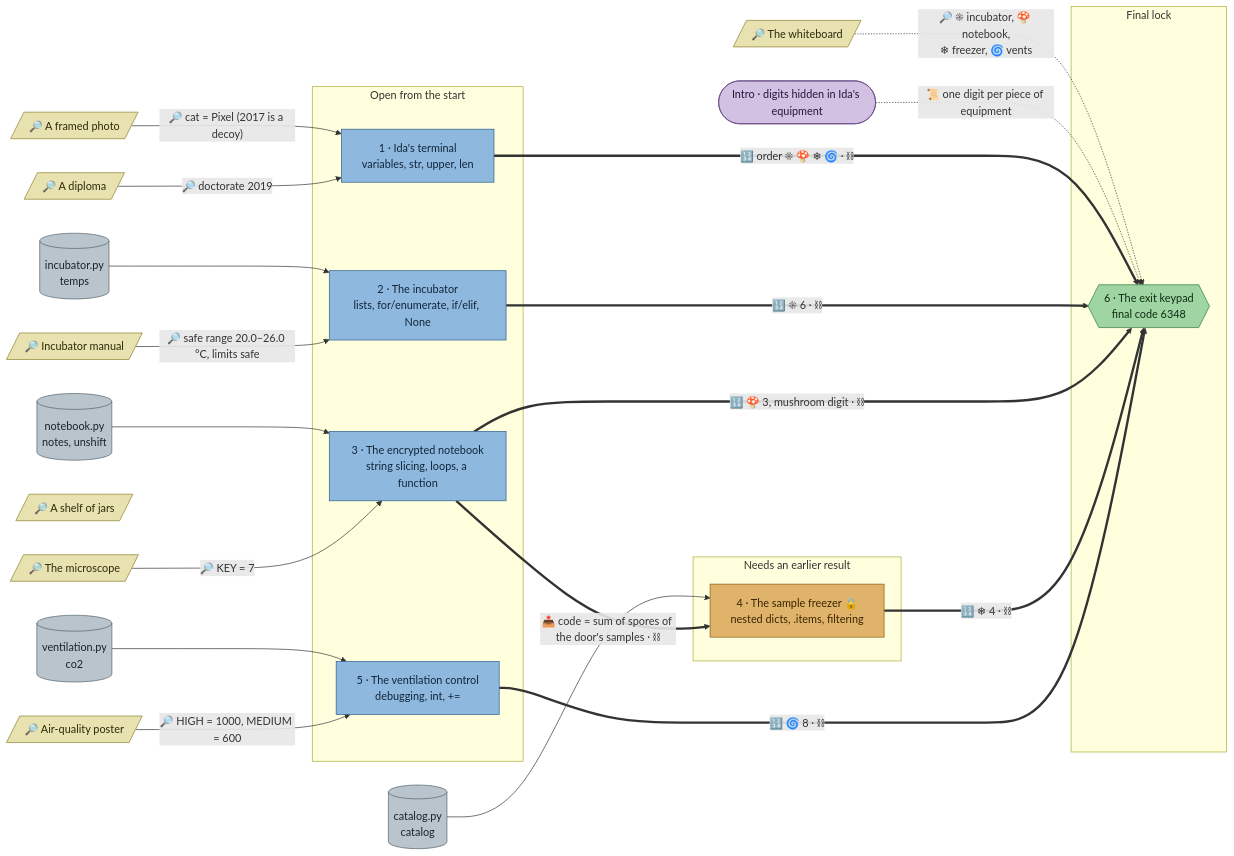
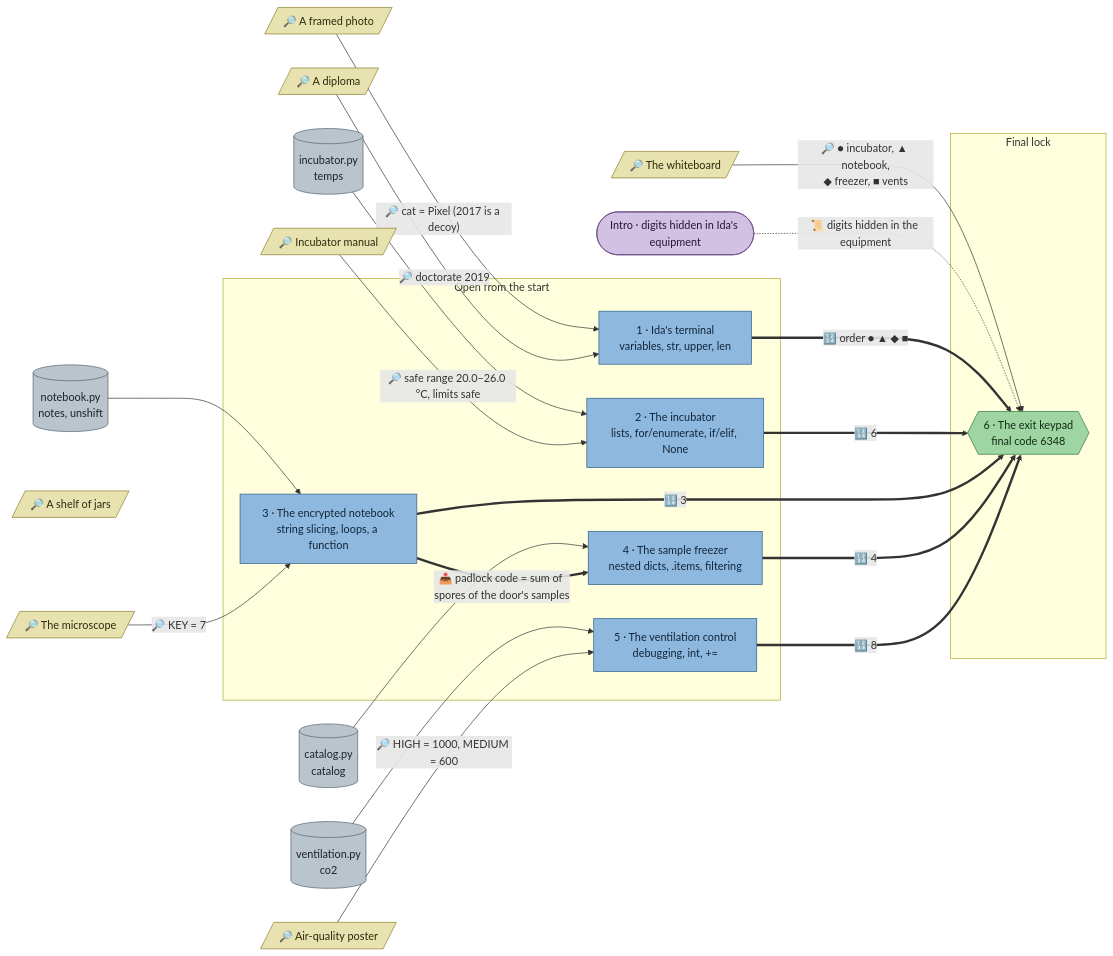
Before and after one commit to mhoffmann-wbs/DataScienceEscapeRooms: the diagram in docs/flows/python-lab.md, drawn with Mermaid. The commit also changed other lines of this file and 3 other files, not shown here.

Commit message:
Quarantine: the whiteboard is needed for the exit order; uses instead of requires

````diff
--- a/docs/flows/python-lab.md
+++ b/docs/flows/python-lab.md
@@ -5,66 +5,62 @@
 ```mermaid
 flowchart LR
   intro(["Intro · digits hidden in Ida's equipment"])
 
   photo[/"🔎 A framed photo"/]
   diploma[/"🔎 A diploma"/]
   manual[/"🔎 Incubator manual"/]
   microscope[/"🔎 The microscope"/]
   poster[/"🔎 Air-quality poster"/]
   whiteboard[/"🔎 The whiteboard"/]
   jars[/"🔎 A shelf of jars"/]
 
   d_incubator[("incubator.py<br/>temps")]
   d_notebook[("notebook.py<br/>notes, unshift")]
   d_freezer[("catalog.py<br/>catalog")]
   d_ventilation[("ventilation.py<br/>co2")]
 
   subgraph p1["Open from the start"]
     terminal["1 · Ida's terminal<br/>variables, str, upper, len"]
     incubator["2 · The incubator<br/>lists, for/enumerate, if/elif, None"]
     notebook["3 · The encrypted notebook<br/>string slicing, loops, a function"]
+    freezer["4 · The sample freezer<br/>nested dicts, .items, filtering"]
     ventilation["5 · The ventilation control<br/>debugging, int, +="]
   end
 
-  subgraph p2["Needs an earlier result"]
-    freezer["4 · The sample freezer 🔒<br/>nested dicts, .items, filtering"]
-  end
-
-  subgraph p3["Final lock"]
+  subgraph p2["Final lock"]
     exit{{"6 · The exit keypad<br/>final code 6348"}}
   end
 
   d_incubator --> incubator
   d_notebook --> notebook
   d_freezer --> freezer
   d_ventilation --> ventilation
 
   photo -->|"🔎 cat = Pixel (2017 is a decoy)"| terminal
   diploma -->|"🔎 doctorate 2019"| terminal
   manual -->|"🔎 safe range 20.0–26.0 °C, limits safe"| incubator
   microscope -->|"🔎 KEY = 7"| notebook
   poster -->|"🔎 HIGH = 1000, MEDIUM = 600"| ventilation
-  whiteboard -.->|"🔎 ☀ incubator, 🍄 notebook,<br/>❄ freezer, 🌀 vents"| exit
-  intro -.->|"📜 one digit per piece of equipment"| exit
+  whiteboard -->|"🔎 ● incubator, ▲ notebook,<br/>◆ freezer, ■ vents"| exit
+  intro -.->|"📜 digits hidden in the equipment"| exit
 
-  notebook ==>|"📤 code = sum of spores of the door's samples · ⛓"| freezer
+  notebook ==>|"📤 padlock code = sum of spores of the door's samples"| freezer
 
-  terminal ==>|"🔢 order ☀ 🍄 ❄ 🌀 · ⛓"| exit
-  incubator ==>|"🔢 ☀ 6 · ⛓"| exit
-  notebook ==>|"🔢 🍄 3, mushroom digit · ⛓"| exit
-  freezer ==>|"🔢 ❄ 4 · ⛓"| exit
-  ventilation ==>|"🔢 🌀 8 · ⛓"| exit
+  terminal ==>|"🔢 order ● ▲ ◆ ■"| exit
+  incubator ==>|"🔢 6"| exit
+  notebook ==>|"🔢 3"| exit
+  freezer ==>|"🔢 4"| exit
+  ventilation ==>|"🔢 8"| exit
 
   classDef station fill:#8fb8de,stroke:#2b5d8a,color:#10263b
   classDef locked fill:#e0b36a,stroke:#8a5a12,color:#3a2504
   classDef clue fill:#e8e2b0,stroke:#8a7f2b,color:#2e2a0b
   classDef data fill:#b9c4cc,stroke:#55636e,color:#1c2329
   classDef final fill:#9fd4a3,stroke:#2f7a36,color:#0f2e12
   classDef intro fill:#d3c1e3,stroke:#6a4c86,color:#25163a
-  class terminal,incubator,notebook,ventilation station
-  class freezer locked
+  class terminal,incubator,notebook,freezer,ventilation station
   class photo,diploma,manual,microscope,poster,whiteboard,jars clue
   class d_incubator,d_notebook,d_freezer,d_ventilation data
   class exit final
   class intro intro
 ```
````
